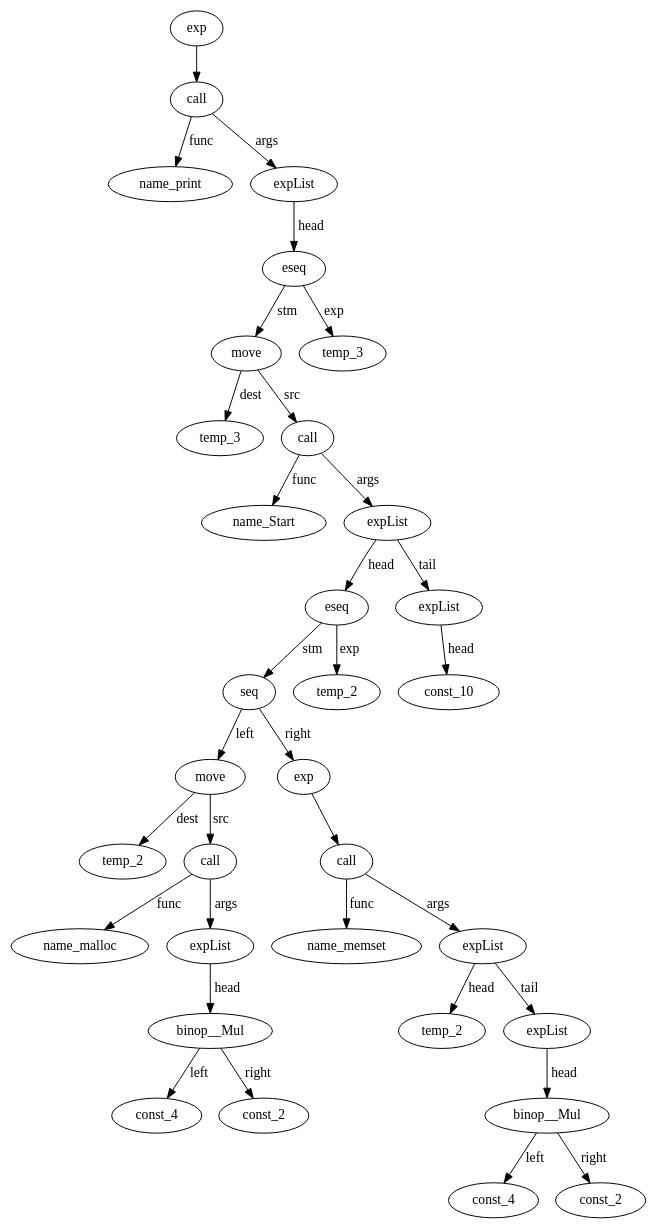
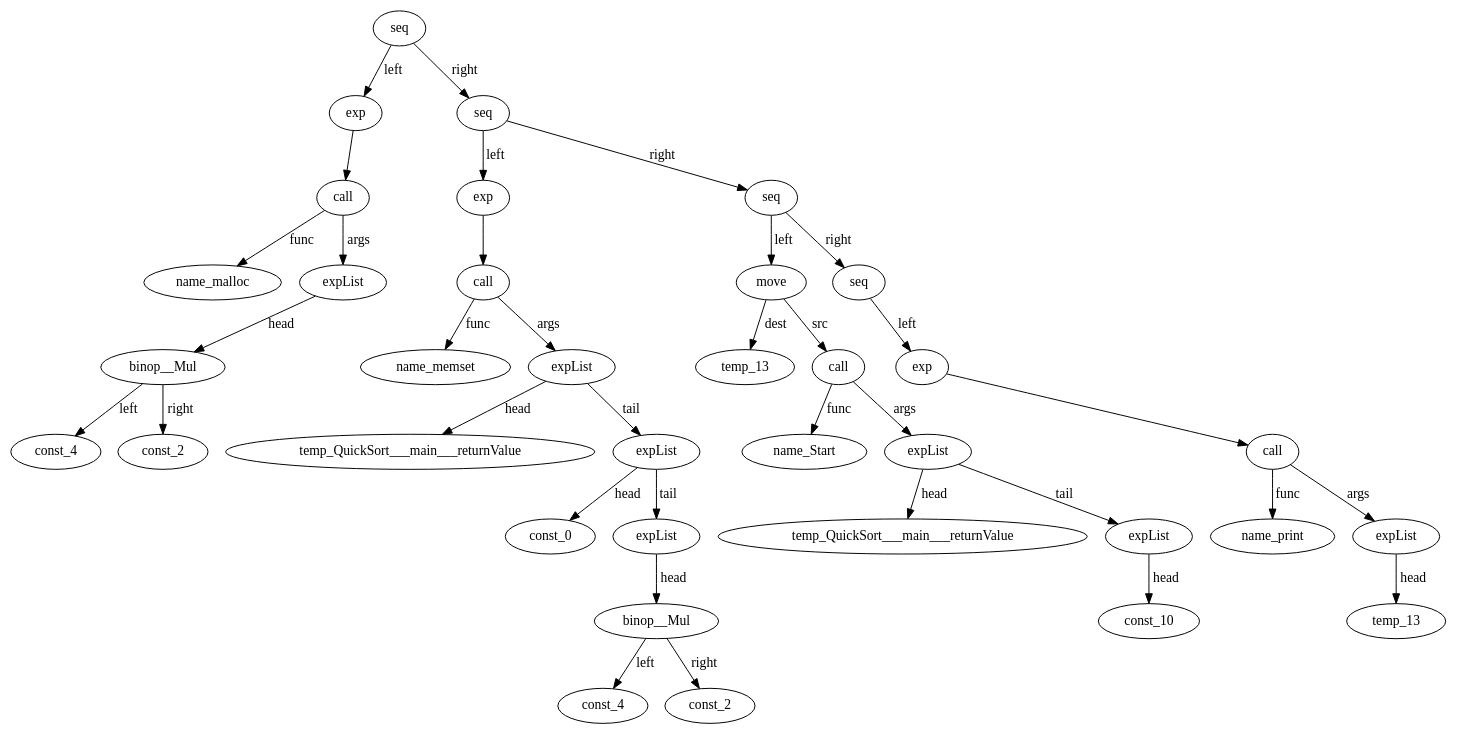
One commit to AnnaSavinova/GirlsHeapCompiler changed the diagram in Compiler/Compiler/IRTree_QuickSort___main.dot. Above: the diagram before and after it, drawn with Graphviz. The commit also changed 14 other files, not shown here.

```diff
--- a/Compiler/Compiler/IRTree_QuickSort___main.dot
+++ b/Compiler/Compiler/IRTree_QuickSort___main.dot
@@ -1,68 +1,72 @@
 digraph {
-name_print__id_0 [ label="name_print" ]; 
-temp_3__id_1 [ label="temp_3" ]; 
-name_Start__id_2 [ label="name_Start" ]; 
-temp_2__id_3 [ label="temp_2" ]; 
-name_malloc__id_4 [ label="name_malloc" ]; 
-const_4__id_5 [ label="const_4" ]; 
-const_2__id_6 [ label="const_2" ]; 
-binop__Mul__id_7 [ label="binop__Mul" ]; 
-binop__Mul__id_7 -> const_2__id_6 [ label="right"] ; 
-binop__Mul__id_7 -> const_4__id_5 [ label="left"] ; 
-expList__id_8 [ label="expList" ]; 
-expList__id_8 -> binop__Mul__id_7 [ label="head"] ; 
-call__id_9 [ label="call" ]; 
-call__id_9 -> name_malloc__id_4 [ label="func"] ; 
-call__id_9 -> expList__id_8 [ label="args"] ; 
-move__id_10 [ label="move" ]; 
-move__id_10 -> temp_2__id_3 [ label="dest"] ; 
-move__id_10 -> call__id_9 [ label="src"] ; 
-name_memset__id_11 [ label="name_memset" ]; 
-temp_2__id_12 [ label="temp_2" ]; 
-const_4__id_13 [ label="const_4" ]; 
-const_2__id_14 [ label="const_2" ]; 
-binop__Mul__id_15 [ label="binop__Mul" ]; 
-binop__Mul__id_15 -> const_2__id_14 [ label="right"] ; 
-binop__Mul__id_15 -> const_4__id_13 [ label="left"] ; 
-expList__id_16 [ label="expList" ]; 
-expList__id_16 -> binop__Mul__id_15 [ label="head"] ; 
-expList__id_17 [ label="expList" ]; 
-expList__id_17 -> temp_2__id_12 [ label="head"] ; 
-expList__id_17 -> expList__id_16 [ label="tail"] ; 
-call__id_18 [ label="call" ]; 
-call__id_18 -> name_memset__id_11 [ label="func"] ; 
-call__id_18 -> expList__id_17 [ label="args"] ; 
-exp__id_19 [ label="exp" ]; 
-exp__id_19 -> call__id_18 ; 
-seq__id_20 [ label="seq" ]; 
-seq__id_20 -> move__id_10 [ label="left"] ; 
-seq__id_20 -> exp__id_19 [ label="right"] ; 
-temp_2__id_21 [ label="temp_2" ]; 
-eseq__id_22 [ label="eseq" ]; 
-eseq__id_22 -> temp_2__id_21 [ label="exp"] ; 
-eseq__id_22 -> seq__id_20 [ label="stm"] ; 
-const_10__id_23 [ label="const_10" ]; 
-expList__id_24 [ label="expList" ]; 
-expList__id_24 -> const_10__id_23 [ label="head"] ; 
-expList__id_25 [ label="expList" ]; 
-expList__id_25 -> eseq__id_22 [ label="head"] ; 
-expList__id_25 -> expList__id_24 [ label="tail"] ; 
-call__id_26 [ label="call" ]; 
-call__id_26 -> name_Start__id_2 [ label="func"] ; 
-call__id_26 -> expList__id_25 [ label="args"] ; 
-move__id_27 [ label="move" ]; 
-move__id_27 -> temp_3__id_1 [ label="dest"] ; 
-move__id_27 -> call__id_26 [ label="src"] ; 
-temp_3__id_28 [ label="temp_3" ]; 
-eseq__id_29 [ label="eseq" ]; 
-eseq__id_29 -> temp_3__id_28 [ label="exp"] ; 
-eseq__id_29 -> move__id_27 [ label="stm"] ; 
-expList__id_30 [ label="expList" ]; 
-expList__id_30 -> eseq__id_29 [ label="head"] ; 
-call__id_31 [ label="call" ]; 
-call__id_31 -> name_print__id_0 [ label="func"] ; 
-call__id_31 -> expList__id_30 [ label="args"] ; 
-exp__id_32 [ label="exp" ]; 
-exp__id_32 -> call__id_31 ; 
+name_malloc__id_0 [ label="name_malloc" ]; 
+const_4__id_1 [ label="const_4" ]; 
+const_2__id_2 [ label="const_2" ]; 
+binop__Mul__id_3 [ label="binop__Mul" ]; 
+binop__Mul__id_3 -> const_2__id_2 [ label="right"] ; 
+binop__Mul__id_3 -> const_4__id_1 [ label="left"] ; 
+expList__id_4 [ label="expList" ]; 
+expList__id_4 -> binop__Mul__id_3 [ label="head"] ; 
+call__id_5 [ label="call" ]; 
+call__id_5 -> name_malloc__id_0 [ label="func"] ; 
+call__id_5 -> expList__id_4 [ label="args"] ; 
+exp__id_6 [ label="exp" ]; 
+exp__id_6 -> call__id_5 ; 
+name_memset__id_7 [ label="name_memset" ]; 
+temp_QuickSort___main___returnValue__id_8 [ label="temp_QuickSort___main___returnValue" ]; 
+const_0__id_9 [ label="const_0" ]; 
+const_4__id_10 [ label="const_4" ]; 
+const_2__id_11 [ label="const_2" ]; 
+binop__Mul__id_12 [ label="binop__Mul" ]; 
+binop__Mul__id_12 -> const_2__id_11 [ label="right"] ; 
+binop__Mul__id_12 -> const_4__id_10 [ label="left"] ; 
+expList__id_13 [ label="expList" ]; 
+expList__id_13 -> binop__Mul__id_12 [ label="head"] ; 
+expList__id_14 [ label="expList" ]; 
+expList__id_14 -> const_0__id_9 [ label="head"] ; 
+expList__id_14 -> expList__id_13 [ label="tail"] ; 
+expList__id_15 [ label="expList" ]; 
+expList__id_15 -> temp_QuickSort___main___returnValue__id_8 [ label="head"] ; 
+expList__id_15 -> expList__id_14 [ label="tail"] ; 
+call__id_16 [ label="call" ]; 
+call__id_16 -> name_memset__id_7 [ label="func"] ; 
+call__id_16 -> expList__id_15 [ label="args"] ; 
+exp__id_17 [ label="exp" ]; 
+exp__id_17 -> call__id_16 ; 
+temp_13__id_18 [ label="temp_13" ]; 
+name_Start__id_19 [ label="name_Start" ]; 
+temp_QuickSort___main___returnValue__id_20 [ label="temp_QuickSort___main___returnValue" ]; 
+const_10__id_21 [ label="const_10" ]; 
+expList__id_22 [ label="expList" ]; 
+expList__id_22 -> const_10__id_21 [ label="head"] ; 
+expList__id_23 [ label="expList" ]; 
+expList__id_23 -> temp_QuickSort___main___returnValue__id_20 [ label="head"] ; 
+expList__id_23 -> expList__id_22 [ label="tail"] ; 
+call__id_24 [ label="call" ]; 
+call__id_24 -> name_Start__id_19 [ label="func"] ; 
+call__id_24 -> expList__id_23 [ label="args"] ; 
+move__id_25 [ label="move" ]; 
+move__id_25 -> temp_13__id_18 [ label="dest"] ; 
+move__id_25 -> call__id_24 [ label="src"] ; 
+name_print__id_26 [ label="name_print" ]; 
+temp_13__id_27 [ label="temp_13" ]; 
+expList__id_28 [ label="expList" ]; 
+expList__id_28 -> temp_13__id_27 [ label="head"] ; 
+call__id_29 [ label="call" ]; 
+call__id_29 -> name_print__id_26 [ label="func"] ; 
+call__id_29 -> expList__id_28 [ label="args"] ; 
+exp__id_30 [ label="exp" ]; 
+exp__id_30 -> call__id_29 ; 
+seq__id_31 [ label="seq" ]; 
+seq__id_31 -> exp__id_30 [ label="left"] ; 
+seq__id_32 [ label="seq" ]; 
+seq__id_32 -> move__id_25 [ label="left"] ; 
+seq__id_32 -> seq__id_31 [ label="right"] ; 
+seq__id_33 [ label="seq" ]; 
+seq__id_33 -> exp__id_17 [ label="left"] ; 
+seq__id_33 -> seq__id_32 [ label="right"] ; 
+seq__id_34 [ label="seq" ]; 
+seq__id_34 -> exp__id_6 [ label="left"] ; 
+seq__id_34 -> seq__id_33 [ label="right"] ; 
 
 }
```
